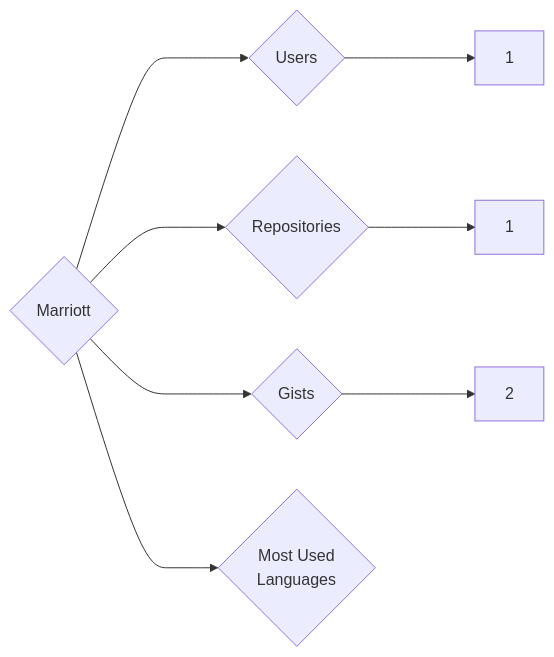
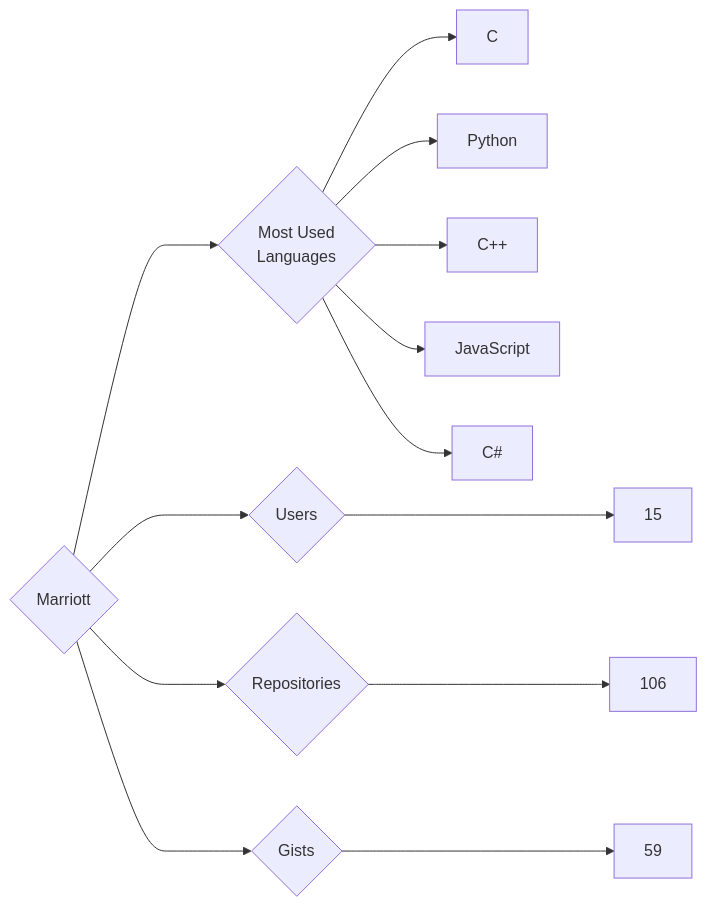
One commit to trickest/insiders changed the diagram in targets/Marriott/README.md. Above: the diagram before and after it, drawn with Mermaid. The commit also changed 871 other files, not shown here.

````diff
--- a/targets/Marriott/README.md
+++ b/targets/Marriott/README.md
@@ -3,8 +3,13 @@
 ```mermaid
 graph LR
 COMPANY_NAME{Marriott}
-COMPANY_NAME ---> U{Users} ---> UN[1]
-COMPANY_NAME ---> R{Repositories} ---> RN[1]
-COMPANY_NAME ---> G{Gists} ---> GN[2]
+COMPANY_NAME ---> U{Users} ---> UN[15]
+COMPANY_NAME ---> R{Repositories} ---> RN[106]
+COMPANY_NAME ---> G{Gists} ---> GN[59]
 COMPANY_NAME ---> ML{Most Used<br>Languages}
+ML --> C[C]
+ML --> Python[Python]
+ML --> C++[C++]
+ML --> JavaScript[JavaScript]
+ML --> C#[C#]
 ```
````
